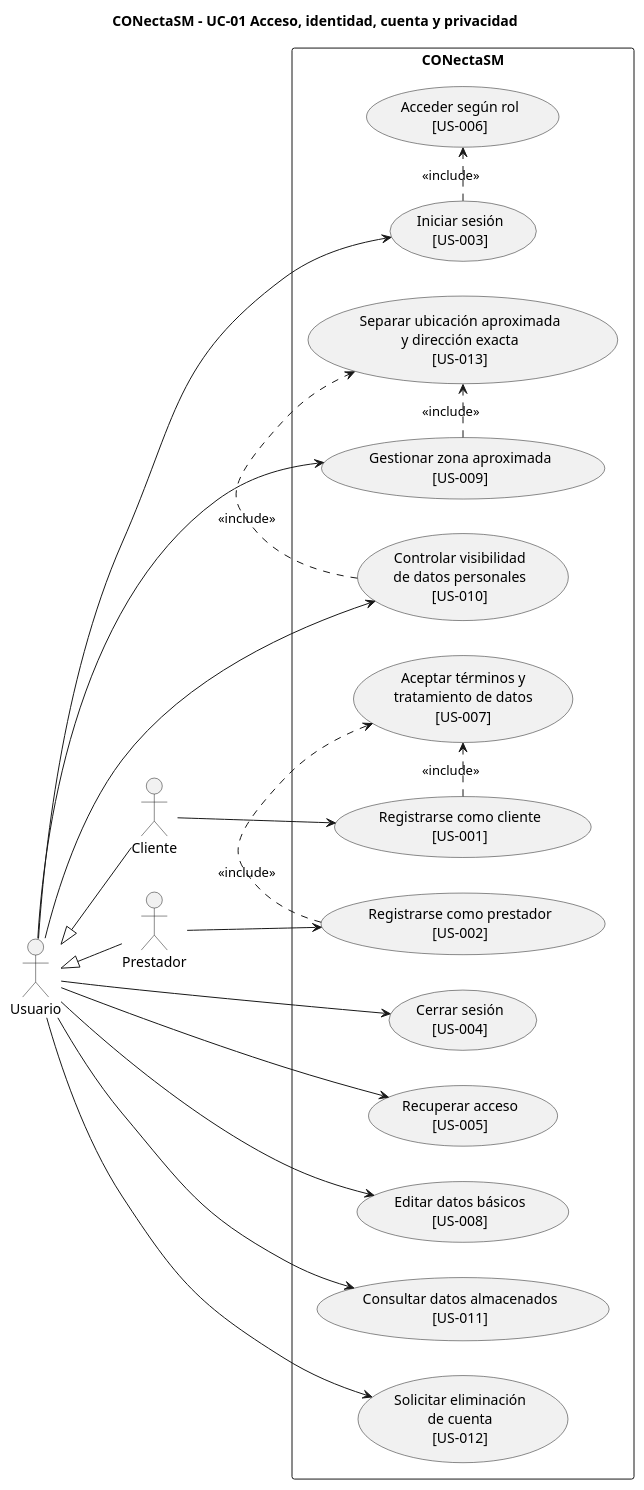
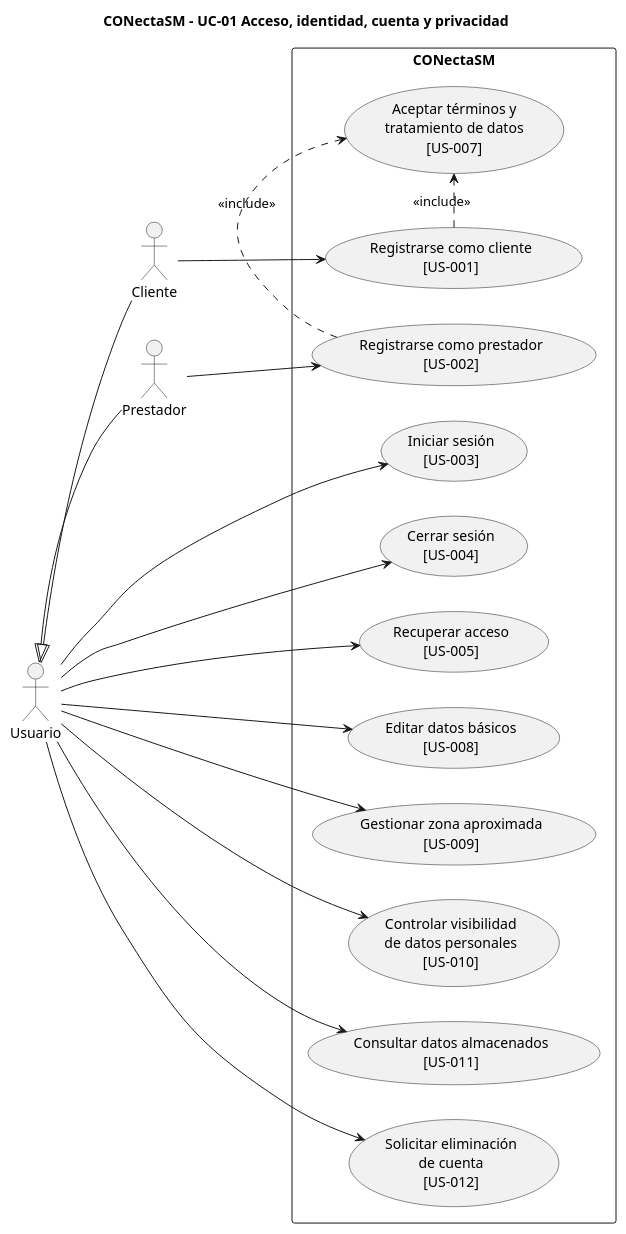
One commit to JsMartinez-dev/proyecto-diseno-ingenieria changed the diagram in FASE-4-Prototipar/08-Casos-de-Uso/Caso-de-uso-1/01_acceso_cuenta.puml. Above: the diagram before and after it, drawn with PlantUML. The commit also changed 13 other files, not shown here.

First line of the commit message:
Corrige los diagramas de casos de uso

```diff
--- a/FASE-4-Prototipar/08-Casos-de-Uso/Caso-de-uso-1/01_acceso_cuenta.puml
+++ b/FASE-4-Prototipar/08-Casos-de-Uso/Caso-de-uso-1/01_acceso_cuenta.puml
@@ -1,49 +1,44 @@
 @startuml
 title CONectaSM - UC-01 Acceso, identidad, cuenta y privacidad
 left to right direction
 skinparam packageStyle rectangle
 skinparam shadowing false
 
 actor "Usuario" as Usuario
 actor "Cliente" as Cliente
 actor "Prestador" as Prestador
 
 Usuario <|-- Cliente
 Usuario <|-- Prestador
 
 rectangle "CONectaSM" {
   usecase "Registrarse como cliente\n[US-001]" as UC001
   usecase "Registrarse como prestador\n[US-002]" as UC002
   usecase "Iniciar sesión\n[US-003]" as UC003
   usecase "Cerrar sesión\n[US-004]" as UC004
   usecase "Recuperar acceso\n[US-005]" as UC005
-  usecase "Acceder según rol\n[US-006]" as UC006
   usecase "Aceptar términos y\ntratamiento de datos\n[US-007]" as UC007
 
   usecase "Editar datos básicos\n[US-008]" as UC008
   usecase "Gestionar zona aproximada\n[US-009]" as UC009
   usecase "Controlar visibilidad\nde datos personales\n[US-010]" as UC010
   usecase "Consultar datos almacenados\n[US-011]" as UC011
   usecase "Solicitar eliminación\nde cuenta\n[US-012]" as UC012
-  usecase "Separar ubicación aproximada\ny dirección exacta\n[US-013]" as UC013
 }
 
 Cliente --> UC001
 Prestador --> UC002
 
 Usuario --> UC003
 Usuario --> UC004
 Usuario --> UC005
 Usuario --> UC008
 Usuario --> UC009
 Usuario --> UC010
 Usuario --> UC011
 Usuario --> UC012
 
 UC001 .> UC007 : <<include>>
 UC002 .> UC007 : <<include>>
-UC003 .> UC006 : <<include>>
-UC009 .> UC013 : <<include>>
-UC010 .> UC013 : <<include>>
 
 @enduml
```
